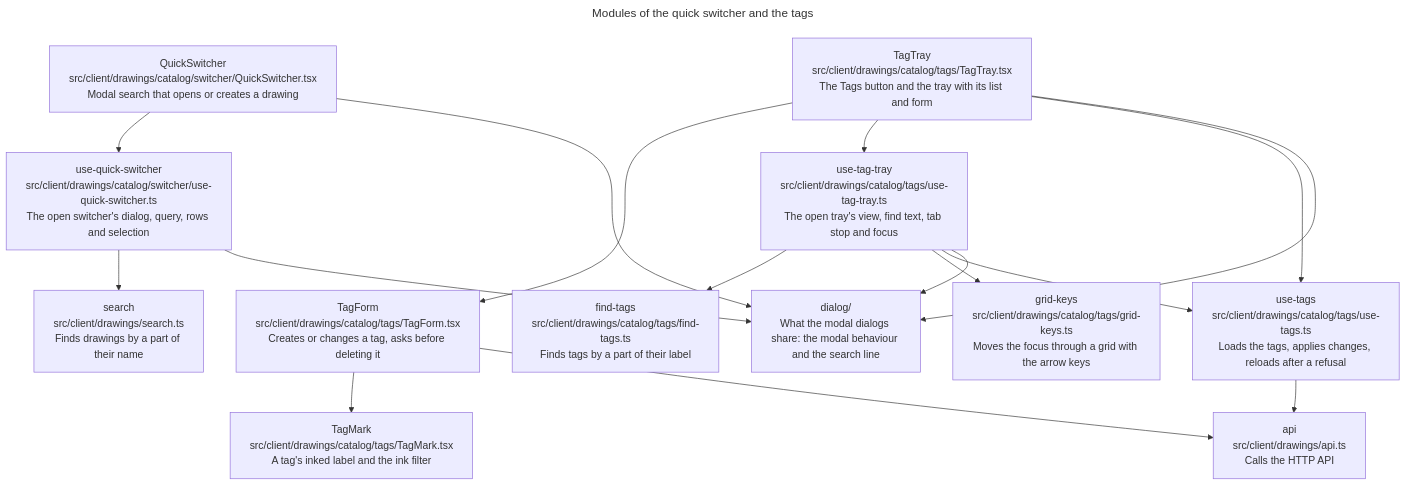
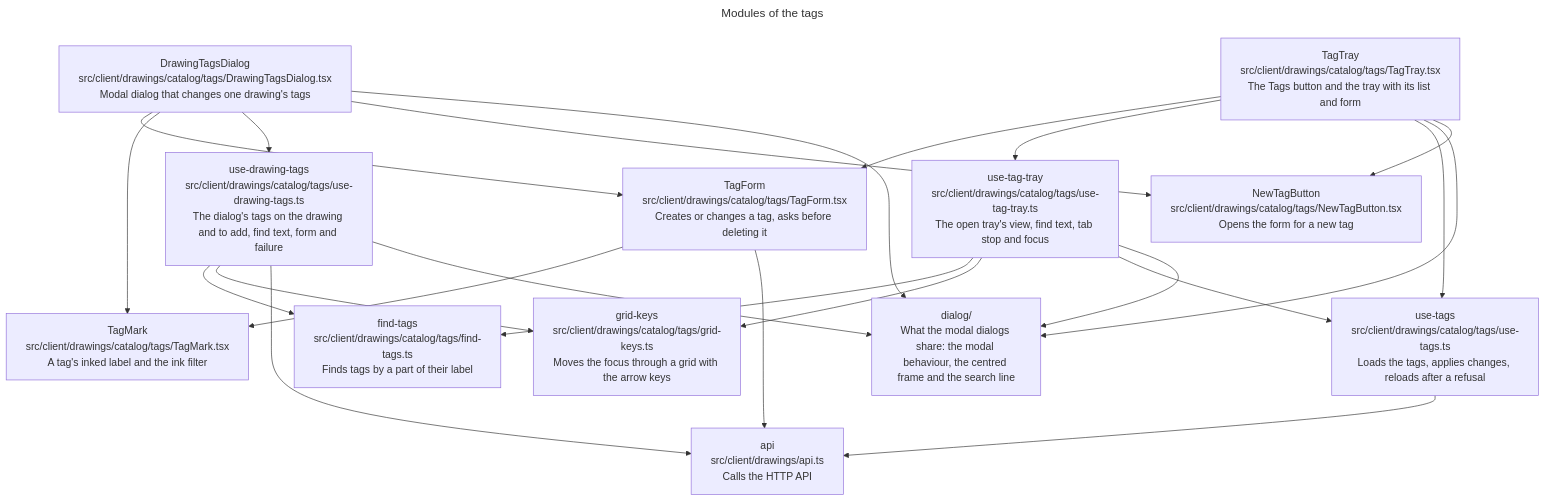
The eighth of 11 diagrams in docs/architecture/architecture.md (remshams/excalidraw-dashboard), drawn with Mermaid before and after one commit. The commit also changed other lines of this file and 1 other file, not shown here.

Commit message:
docs(Architecture): describe a card's tags and the dialog that changes them

````diff
--- a/docs/architecture/architecture.md
+++ b/docs/architecture/architecture.md
@@ -239,24 +239,24 @@
 ```mermaid
 ---
-title: Modules of the quick switcher and the tags
+title: Modules of the tags
 ---
 flowchart TD
-    switcher["QuickSwitcher<br>src/client/drawings/catalog/switcher/QuickSwitcher.tsx<br>Modal search that opens or creates a drawing"]:::module
-    switcherState["use-quick-switcher<br>src/client/drawings/catalog/switcher/use-quick-switcher.ts<br>The open switcher's dialog, query, rows and selection"]:::module
-    search["search<br>src/client/drawings/search.ts<br>Finds drawings by a part of their name"]:::module
     tray["TagTray<br>src/client/drawings/catalog/tags/TagTray.tsx<br>The Tags button and the tray with its list and form"]:::module
     trayState["use-tag-tray<br>src/client/drawings/catalog/tags/use-tag-tray.ts<br>The open tray's view, find text, tab stop and focus"]:::module
     form["TagForm<br>src/client/drawings/catalog/tags/TagForm.tsx<br>Creates or changes a tag, asks before deleting it"]:::module
     mark["TagMark<br>src/client/drawings/catalog/tags/TagMark.tsx<br>A tag's inked label and the ink filter"]:::module
     findTags["find-tags<br>src/client/drawings/catalog/tags/find-tags.ts<br>Finds tags by a part of their label"]:::module
     gridKeys["grid-keys<br>src/client/drawings/catalog/tags/grid-keys.ts<br>Moves the focus through a grid with the arrow keys"]:::module
     tags["use-tags<br>src/client/drawings/catalog/tags/use-tags.ts<br>Loads the tags, applies changes, reloads after a refusal"]:::module
-    dialog["dialog/<br>What the modal dialogs share: the modal behaviour and the search line"]:::group
+    drawingTags["DrawingTagsDialog<br>src/client/drawings/catalog/tags/DrawingTagsDialog.tsx<br>Modal dialog that changes one drawing's tags"]:::module
+    drawingTagsState["use-drawing-tags<br>src/client/drawings/catalog/tags/use-drawing-tags.ts<br>The dialog's tags on the drawing and to add, find text, form and failure"]:::module
+    newTag["NewTagButton<br>src/client/drawings/catalog/tags/NewTagButton.tsx<br>Opens the form for a new tag"]:::module
+    dialog["dialog/<br>What the modal dialogs share: the modal behaviour, the centred frame and the search line"]:::group
     api["api<br>src/client/drawings/api.ts<br>Calls the HTTP API"]:::module
-    switcher --> switcherState & dialog
-    switcherState --> search & dialog
-    tray --> form & trayState & tags & dialog
+    tray --> form & trayState & tags & dialog & newTag
+    drawingTags --> form & mark & drawingTagsState & newTag & dialog
+    drawingTagsState --> findTags & gridKeys & api & dialog
     form --> mark & api
     trayState --> findTags & gridKeys & tags & dialog
     tags --> api
 ```
````
